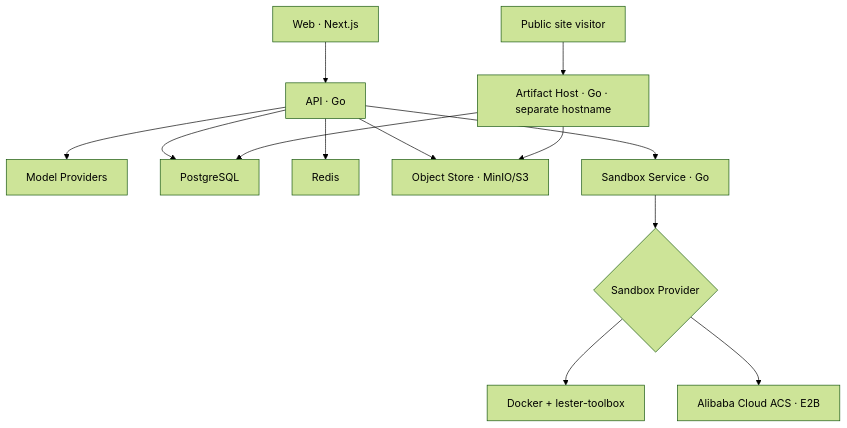
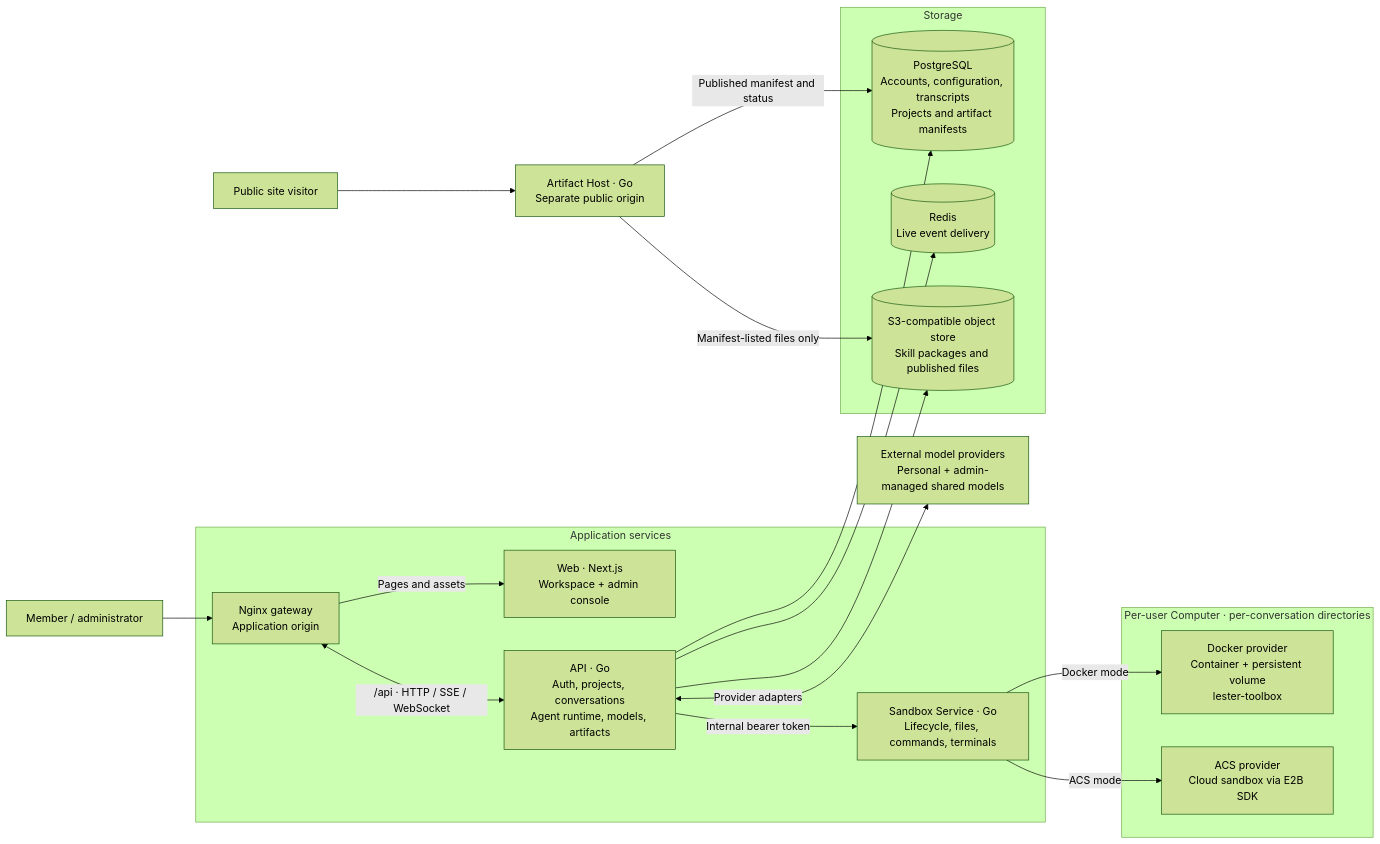
One commit to biubiuqiu/lester-agent changed the first of 2 diagrams in README.md. Above: the diagram before and after it, drawn with Mermaid (forest theme). The commit also changed other lines of this file, not shown here.

Commit message:
docs: expand system architecture and artifact publishing diagrams

````diff
--- a/README.md
+++ b/README.md
@@ -176,15 +180,32 @@
 ```mermaid
-flowchart TD
-    Web["Web · Next.js"] --> API["API · Go"]
-    API --> Model["Model Providers"]
-    API --> PostgreSQL
+flowchart LR
+    User["Member / administrator"] --> Gateway["Nginx gateway<br/>Application origin"]
+
+    subgraph App["Application services"]
+        Gateway -->|"Pages and assets"| Web["Web · Next.js<br/>Workspace + admin console"]
+        Gateway <-->|"/api · HTTP / SSE / WebSocket"| API["API · Go<br/>Auth, projects, conversations<br/>Agent runtime, models, artifacts"]
+        API -->|"Internal bearer token"| Sandbox["Sandbox Service · Go<br/>Lifecycle, files, commands, terminals"]
+    end
+
+    subgraph Data["Storage"]
+        DB[("PostgreSQL<br/>Accounts, configuration, transcripts<br/>Projects and artifact manifests")]
+        Redis[("Redis<br/>Live event delivery")]
+        Objects[("S3-compatible object store<br/>Skill packages and published files")]
+    end
+
+    API --> DB
     API --> Redis
-    API --> MinIO["Object Store · MinIO/S3"]
-    Visitor["Public site visitor"] --> Host["Artifact Host · Go · separate hostname"]
-    Host --> MinIO
-    Host --> PostgreSQL
-    API --> Sandbox["Sandbox Service · Go"]
-    Sandbox --> Provider{"Sandbox Provider"}
-    Provider --> Toolbox["Docker + lester-toolbox"]
-    Provider --> ACS["Alibaba Cloud ACS · E2B"]
+    API --> Objects
+    API <-->|"Provider adapters"| Models["External model providers<br/>Personal + admin-managed shared models"]
+
+    subgraph Computers["Per-user Computer · per-conversation directories"]
+        Docker["Docker provider<br/>Container + persistent volume<br/>lester-toolbox"]
+        ACS["ACS provider<br/>Cloud sandbox via E2B SDK"]
+    end
+    Sandbox -->|"Docker mode"| Docker
+    Sandbox -->|"ACS mode"| ACS
+
+    Visitor["Public site visitor"] --> Host["Artifact Host · Go<br/>Separate public origin"]
+    Host -->|"Published manifest and status"| DB
+    Host -->|"Manifest-listed files only"| Objects
 ```
````
